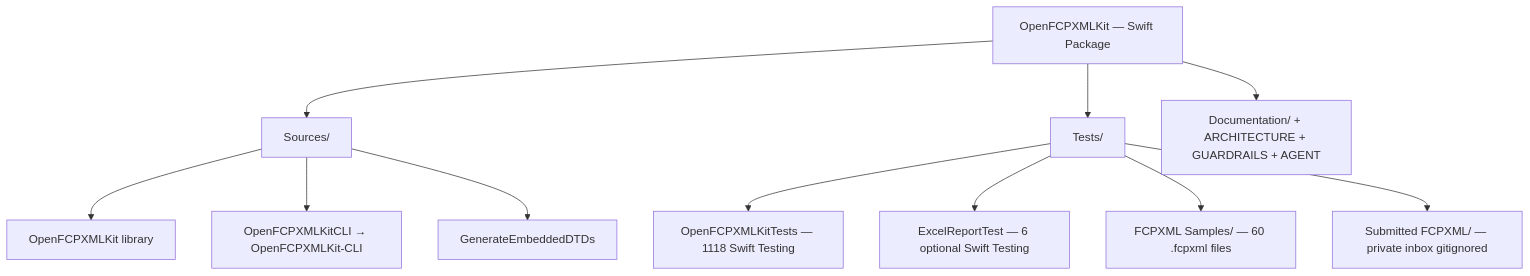
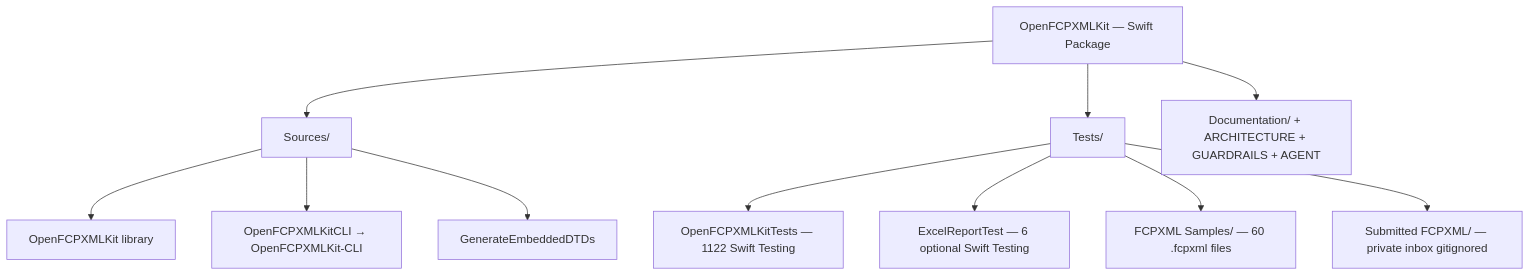
Before and after one commit to TheAcharya/OpenFCPXMLKit: the first of 6 diagrams in ARCHITECTURE.md, drawn with Mermaid. The commit also changed other lines of this file and 31 other files, not shown here.

````diff
--- a/ARCHITECTURE.md
+++ b/ARCHITECTURE.md
@@ -206,17 +208,17 @@
 ```mermaid
 flowchart TB
     Pkg["OpenFCPXMLKit — Swift Package"]
 
     Pkg --> SRC["Sources/"]
     Pkg --> TST["Tests/"]
     Pkg --> DOC["Documentation/ + ARCHITECTURE + GUARDRAILS + AGENT"]
 
     SRC --> LIB["OpenFCPXMLKit library"]
     SRC --> CLI["OpenFCPXMLKitCLI → OpenFCPXMLKit-CLI"]
     SRC --> GEN["GenerateEmbeddedDTDs"]
 
-    TST --> OKT["OpenFCPXMLKitTests — 1118 Swift Testing"]
+    TST --> OKT["OpenFCPXMLKitTests — 1122 Swift Testing"]
     TST --> ERT["ExcelReportTest — 6 optional Swift Testing"]
     TST --> SMP["FCPXML Samples/ — 60 .fcpxml files"]
     TST --> SUB["Submitted FCPXML/ — private inbox gitignored"]
 ```
````
